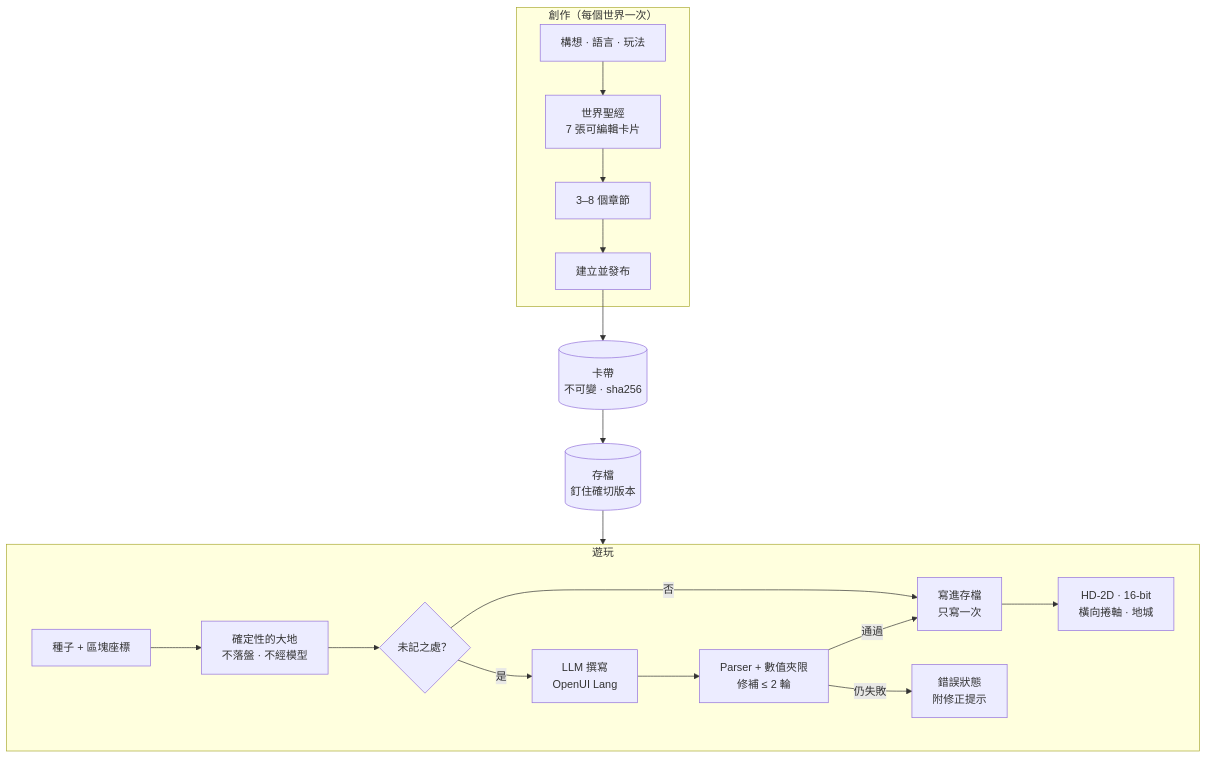
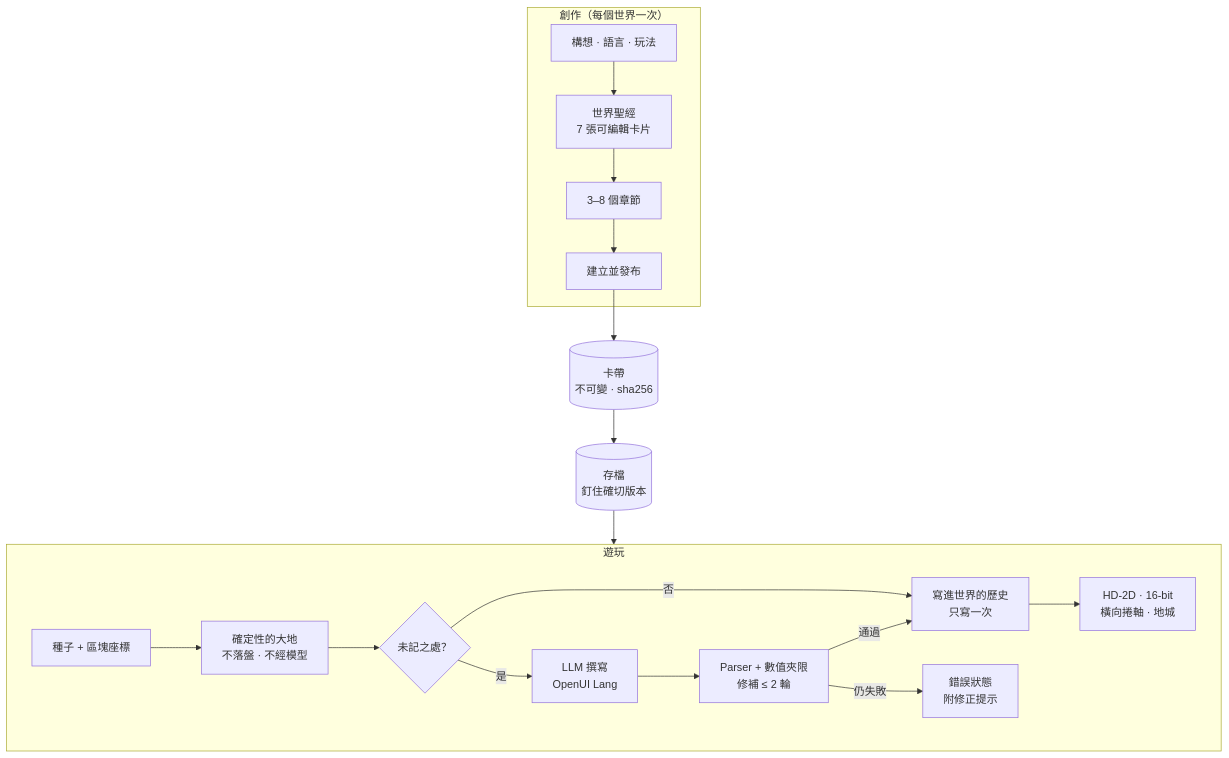
One commit to p2p-solidarity/unmapped changed the diagram in README.zh-TW.md. Above: the diagram before and after it, drawn with Mermaid. The commit also changed other lines of this file and 5 other files, not shown here.

````diff
--- a/README.zh-TW.md
+++ b/README.zh-TW.md
@@ -179,22 +213,22 @@
 ```mermaid
 flowchart TB
   subgraph create["創作（每個世界一次）"]
     idea["構想 · 語言 · 玩法"] --> bible["世界聖經<br/>7 張可編輯卡片"]
     bible --> chapters["3–8 個章節"]
     chapters --> build["建立並發布"]
   end
   build --> cart[("卡帶<br/>不可變 · sha256")]
   cart --> save[("存檔<br/>釘住確切版本")]
   subgraph play["遊玩"]
     direction LR
     seed["種子 + 區塊座標"] --> land["確定性的大地<br/>不落盤 · 不經模型"]
     land --> first{"未記之處？"}
     first -- "是" --> llm["LLM 撰寫<br/>OpenUI Lang"]
     llm --> parser["Parser + 數值夾限<br/>修補 ≤ 2 輪"]
-    parser -- "通過" --> written["寫進存檔<br/>只寫一次"]
+    parser -- "通過" --> written["寫進世界的歷史<br/>只寫一次"]
     parser -- "仍失敗" --> err["錯誤狀態<br/>附修正提示"]
     first -- "否" --> written
     written --> draw["HD-2D · 16-bit<br/>橫向捲軸 · 地城"]
   end
   save --> play
 ```
````
